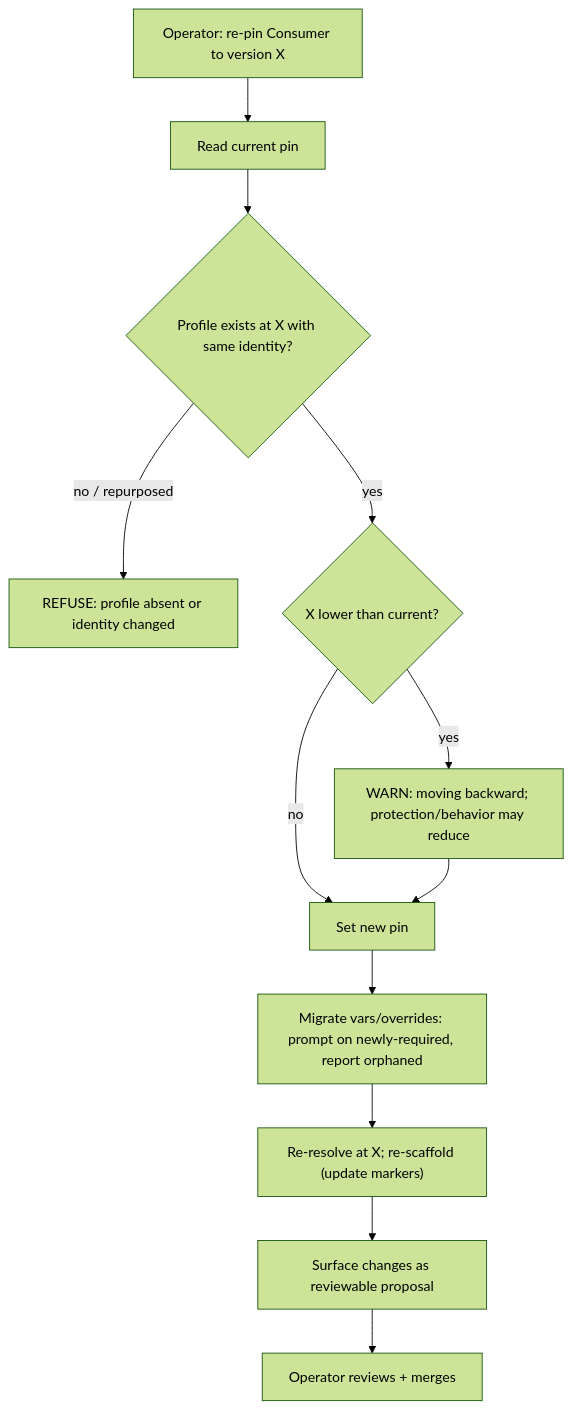
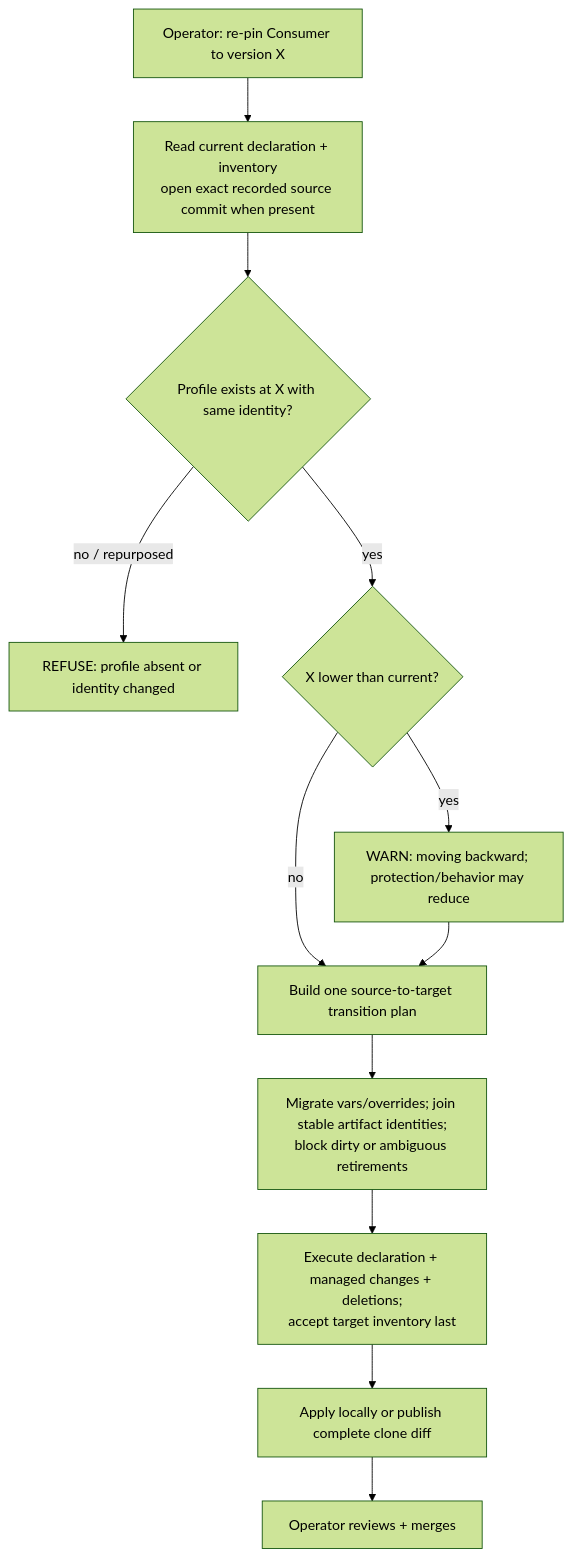
Before and after one commit to amattas/aviato: the diagram in docs/specifications/modules/versioning/repin.md, drawn with Mermaid (forest theme). The commit also changed other lines of this file and 27 other files, not shown here.

````diff
--- a/docs/specifications/modules/versioning/repin.md
+++ b/docs/specifications/modules/versioning/repin.md
@@ -30,14 +46,14 @@
 ```mermaid
 flowchart TD
-    A["Operator: re-pin Consumer to version X"] --> B["Read current pin"]
+    A["Operator: re-pin Consumer to version X"] --> B["Read current declaration + inventory<br/>open exact recorded source commit when present"]
     B --> C{"Profile exists at X with same identity?"}
     C -- "no / repurposed" --> Cf["REFUSE: profile absent or identity changed"]
     C -- yes --> Dn{"X lower than current?"}
     Dn -- yes --> Warn["WARN: moving backward; protection/behavior may reduce"]
     Dn -- no --> Set
-    Warn --> Set["Set new pin"]
-    Set --> Mig["Migrate vars/overrides: prompt on newly-required, report orphaned"]
-    Mig --> Res["Re-resolve at X; re-scaffold (update markers)"]
-    Res --> Prop["Surface changes as reviewable proposal"]
+    Warn --> Set["Build one source-to-target transition plan"]
+    Set --> Mig["Migrate vars/overrides; join stable artifact identities;<br/>block dirty or ambiguous retirements"]
+    Mig --> Res["Execute declaration + managed changes + deletions;<br/>accept target inventory last"]
+    Res --> Prop["Apply locally or publish complete clone diff"]
     Prop --> Done["Operator reviews + merges"]
 ```
````
